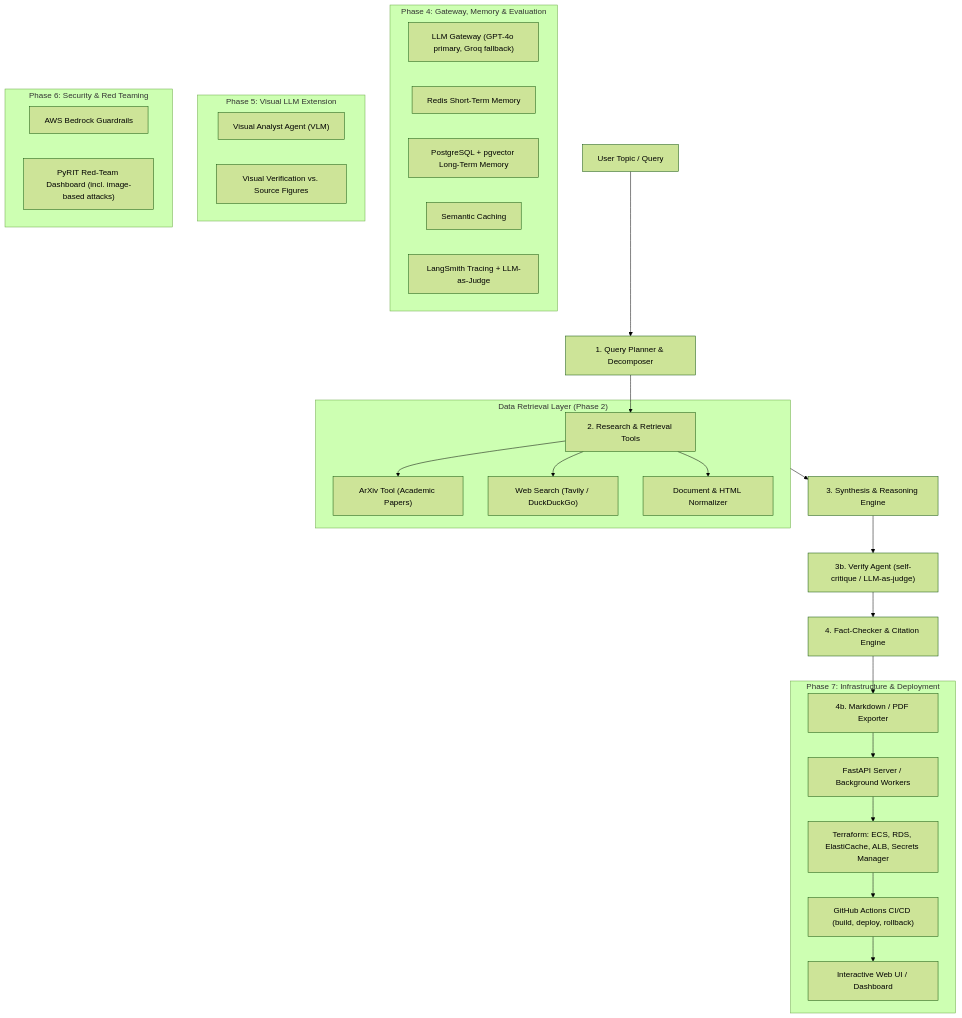
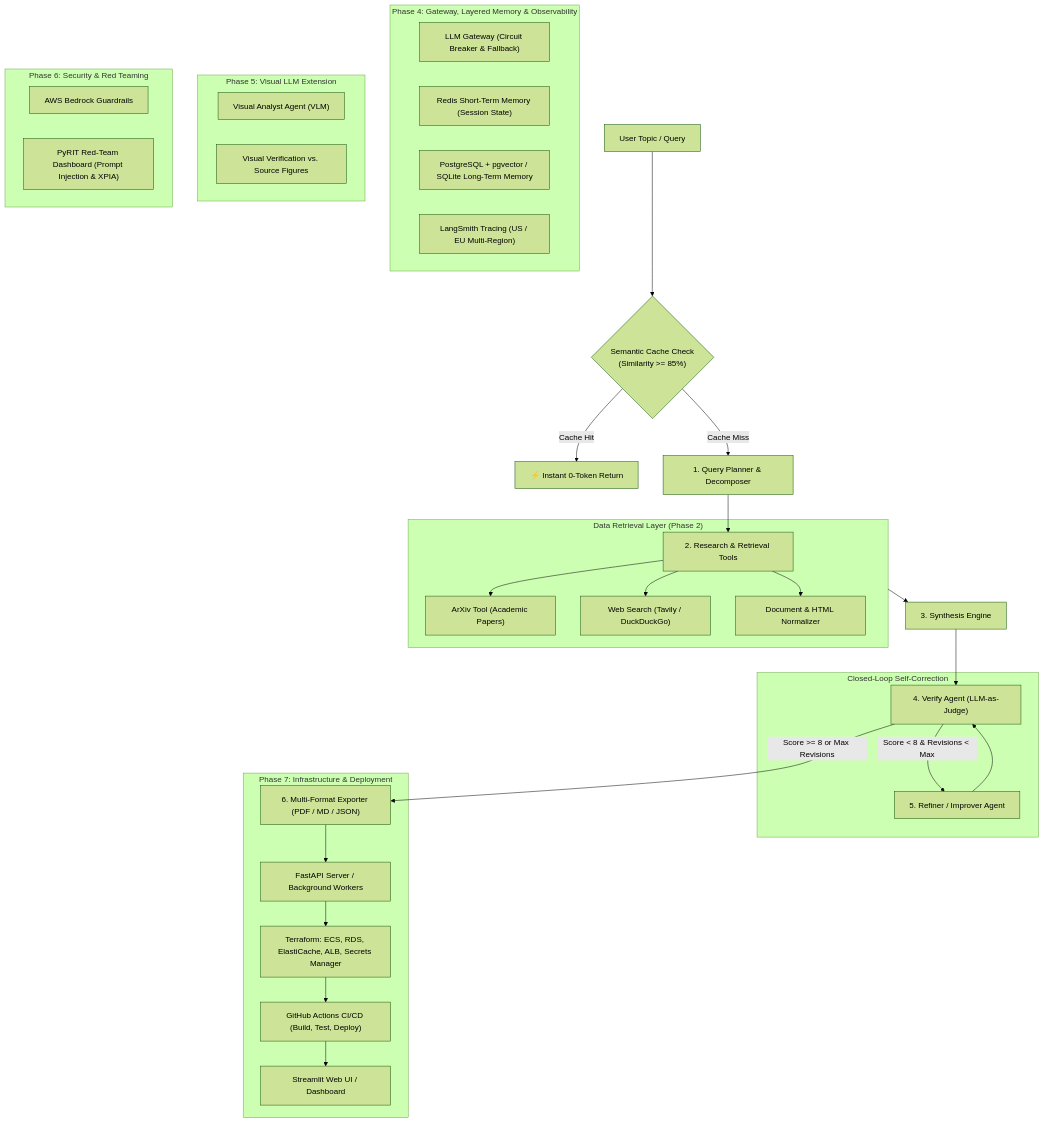
The diagram in README.md (hit93/AI-Research-Assistant), drawn with Mermaid (forest theme) before and after one commit. The commit also changed other lines of this file and 3 other files, not shown here.

Commit message:
feat: add settings configuration and update architecture documentation for gateway, memory, and caching layers

````diff
--- a/README.md
+++ b/README.md
@@ -11,41 +11,48 @@
 ```mermaid
 flowchart TD
-    UserQuery["User Topic / Query"] --> Planner["1. Query Planner & Decomposer"]
+    UserQuery["User Topic / Query"] --> SemanticCache{"Semantic Cache Check\n(Similarity >= 85%)"}
+    SemanticCache -- "Cache Hit" --> CachedResult["⚡ Instant 0-Token Return"]
+    SemanticCache -- "Cache Miss" --> Planner["1. Query Planner & Decomposer"]
+
     Planner --> SearchTools["2. Research & Retrieval Tools"]
 
     subgraph RetrievalLayer ["Data Retrieval Layer (Phase 2)"]
         SearchTools --> Arxiv["ArXiv Tool (Academic Papers)"]
         SearchTools --> WebSearch["Web Search (Tavily / DuckDuckGo)"]
         SearchTools --> DocParser["Document & HTML Normalizer"]
     end
 
-    RetrievalLayer --> Synthesizer["3. Synthesis & Reasoning Engine"]
-    Synthesizer --> Verifier["3b. Verify Agent (self-critique / LLM-as-judge)"]
-    Verifier --> FactCheck["4. Fact-Checker & Citation Engine"]
-    FactCheck --> Exporter["4b. Markdown / PDF Exporter"]
+    RetrievalLayer --> Synthesizer["3. Synthesis Engine"]
+    Synthesizer --> Verifier["4. Verify Agent (LLM-as-Judge)"]
 
-    subgraph GatewayMemory ["Phase 4: Gateway, Memory & Evaluation"]
-        Gateway["LLM Gateway (GPT-4o primary, Groq fallback)"]
-        STM["Redis Short-Term Memory"]
-        LTM["PostgreSQL + pgvector Long-Term Memory"]
-        Cache["Semantic Caching"]
-        Trace["LangSmith Tracing + LLM-as-Judge"]
+    subgraph RefinementLoop ["Closed-Loop Self-Correction"]
+        Verifier -- "Score < 8 & Revisions < Max" --> Improver["5. Refiner / Improver Agent"]
+        Improver --> Verifier
+    end
+
+    Verifier -- "Score >= 8 or Max Revisions" --> Exporter["6. Multi-Format Exporter (PDF / MD / JSON)"]
+
+    subgraph GatewayMemory ["Phase 4: Gateway, Layered Memory & Observability"]
+        Gateway["LLM Gateway (Circuit Breaker & Fallback)"]
+        STM["Redis Short-Term Memory (Session State)"]
+        LTM["PostgreSQL + pgvector / SQLite Long-Term Memory"]
+        Trace["LangSmith Tracing (US / EU Multi-Region)"]
     end
 
     subgraph VisualExt ["Phase 5: Visual LLM Extension"]
         VLM["Visual Analyst Agent (VLM)"]
         VisualVerify["Visual Verification vs. Source Figures"]
     end
 
     subgraph SecurityLayer ["Phase 6: Security & Red Teaming"]
         Guardrails["AWS Bedrock Guardrails"]
-        RedTeam["PyRIT Red-Team Dashboard (incl. image-based attacks)"]
+        RedTeam["PyRIT Red-Team Dashboard (Prompt Injection & XPIA)"]
     end
 
     subgraph ServerLayer ["Phase 7: Infrastructure & Deployment"]
         Exporter --> APIServer["FastAPI Server / Background Workers"]
         APIServer --> Terraform["Terraform: ECS, RDS, ElastiCache, ALB, Secrets Manager"]
-        Terraform --> CICD["GitHub Actions CI/CD (build, deploy, rollback)"]
-        CICD --> WebUI["Interactive Web UI / Dashboard"]
+        Terraform --> CICD["GitHub Actions CI/CD (Build, Test, Deploy)"]
+        CICD --> WebUI["Streamlit Web UI / Dashboard"]
     end
 ```
````
